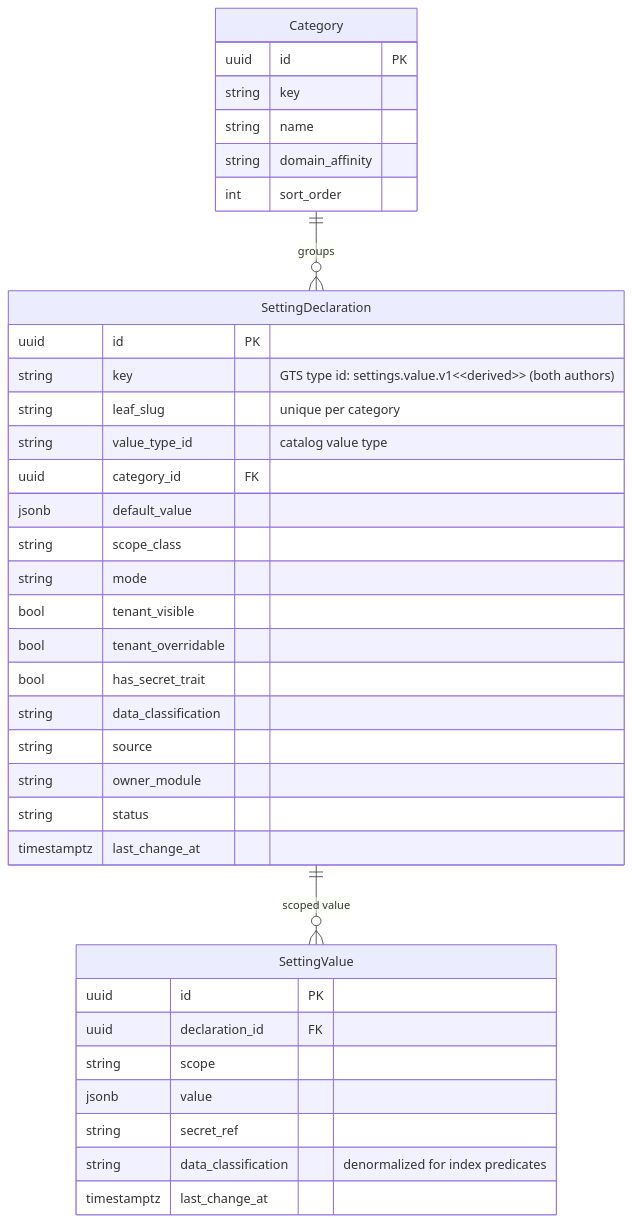
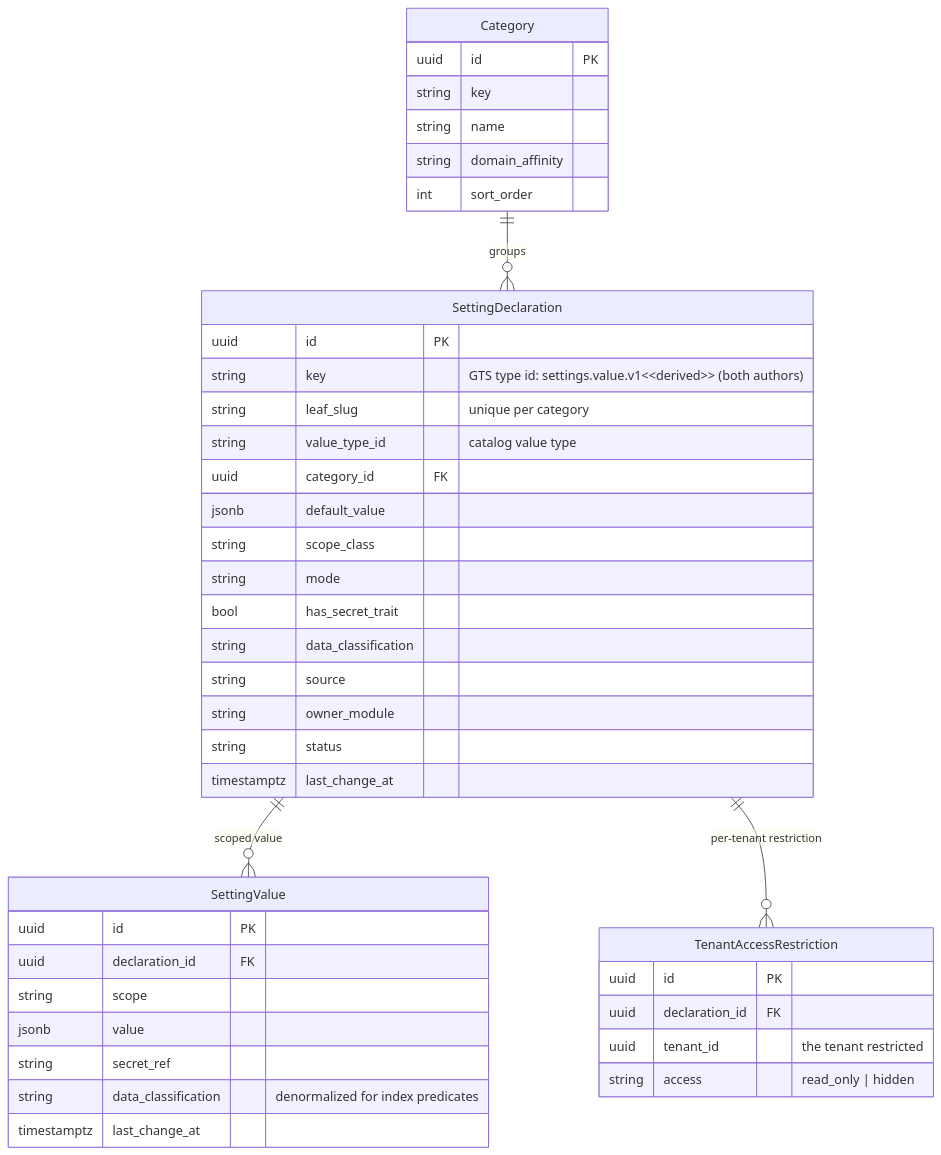
Before and after one commit to constructorfabric/gears-rust: the third of 7 diagrams in gears/settings-service/docs/DESIGN.md, drawn with Mermaid. The commit also changed other lines of this file and 1 other file, not shown here.

````diff
--- a/gears/settings-service/docs/DESIGN.md
+++ b/gears/settings-service/docs/DESIGN.md
@@ -617,40 +644,45 @@
 ```mermaid
 erDiagram
  Category ||--o{ SettingDeclaration : "groups"
  SettingDeclaration ||--o{ SettingValue : "scoped value"
+ SettingDeclaration ||--o{ TenantAccessRestriction : "per-tenant restriction"
 
  Category {
  uuid id PK
  string key
  string name
  string domain_affinity
  int sort_order
  }
  SettingDeclaration {
  uuid id PK
  string key "GTS type id: settings.value.v1~<derived>~ (both authors)"
  string leaf_slug "unique per category"
  string value_type_id "catalog value type"
  uuid category_id FK
  jsonb default_value
  string scope_class
  string mode
- bool tenant_visible
- bool tenant_overridable
  bool has_secret_trait
  string data_classification
  string source
  string owner_module
  string status
  timestamptz last_change_at
  }
  SettingValue {
  uuid id PK
  uuid declaration_id FK
  string scope
  jsonb value
  string secret_ref
  string data_classification "denormalized for index predicates"
  timestamptz last_change_at
  }
+ TenantAccessRestriction {
+ uuid id PK
+ uuid declaration_id FK
+ uuid tenant_id "the tenant restricted"
+ string access "read_only | hidden"
+ }
 ```
````
